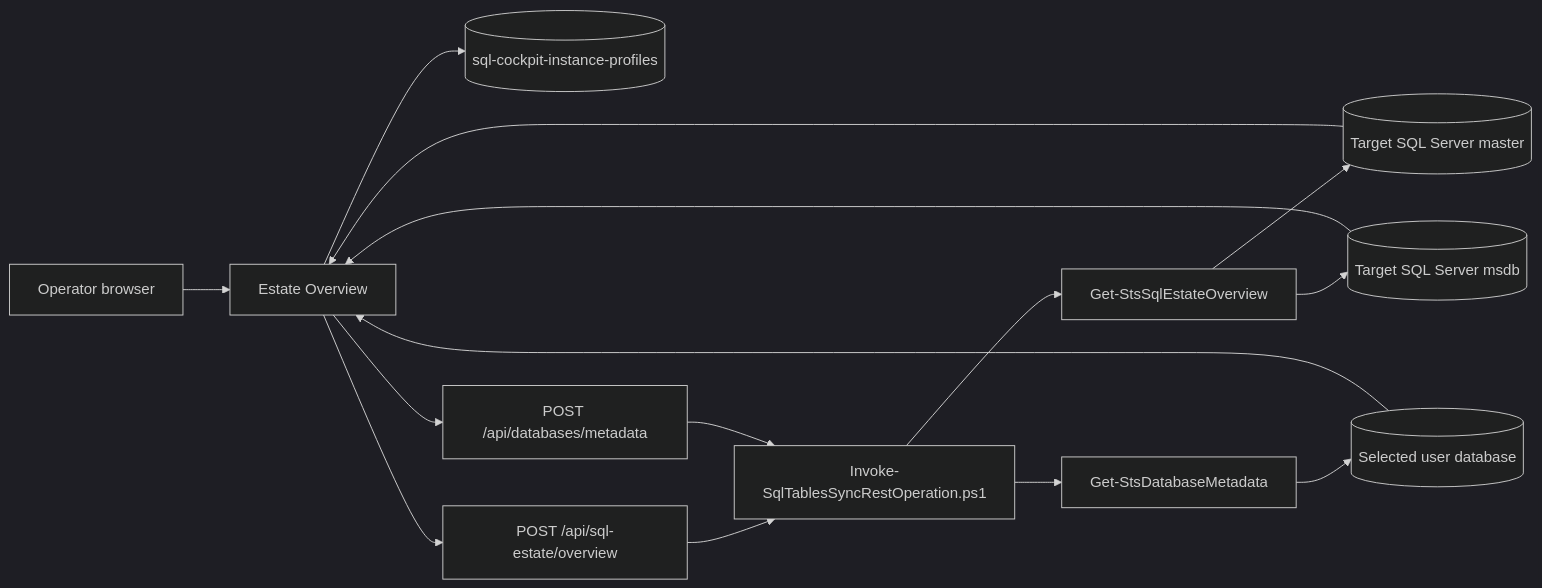
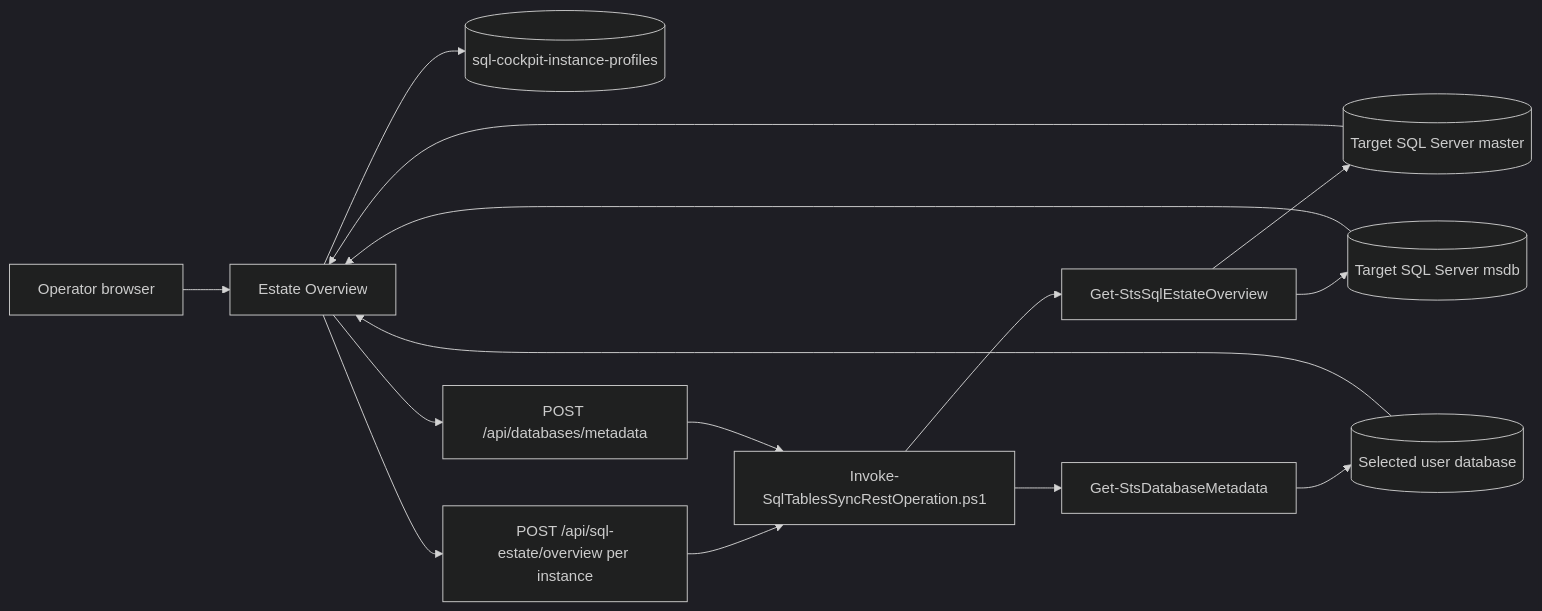
Before and after one commit to sql-cockpit/sql-cockpit-docs-source: the diagram in docs/operations/estate-overview.md, drawn with Mermaid (dark theme). The commit also changed other lines of this file and 9 other files, not shown here.

````diff
--- a/docs/operations/estate-overview.md
+++ b/docs/operations/estate-overview.md
@@ -34,17 +35,17 @@
 ```mermaid
 flowchart LR
     Operator[Operator browser] --> EstateOverview[Estate Overview]
     EstateOverview --> InstanceVault[(sql-cockpit-instance-profiles)]
-    EstateOverview --> Api[POST /api/sql-estate/overview]
+    EstateOverview --> Api[POST /api/sql-estate/overview per instance]
     EstateOverview --> MetadataApi[POST /api/databases/metadata]
     Api --> Runner[Invoke-SqlTablesSyncRestOperation.ps1]
     MetadataApi --> Runner
     Runner --> Module[Get-StsSqlEstateOverview]
     Runner --> DatabaseModule[Get-StsDatabaseMetadata]
     Module --> Master[(Target SQL Server master)]
     Module --> Msdb[(Target SQL Server msdb)]
     DatabaseModule --> UserDatabase[(Selected user database)]
     Master --> EstateOverview
     Msdb --> EstateOverview
     UserDatabase --> EstateOverview
 ```
````
